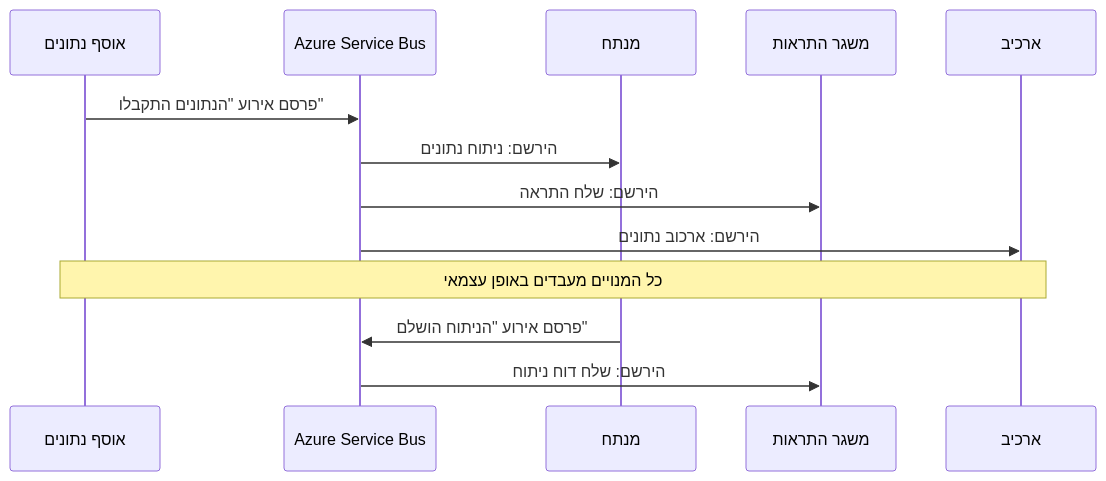
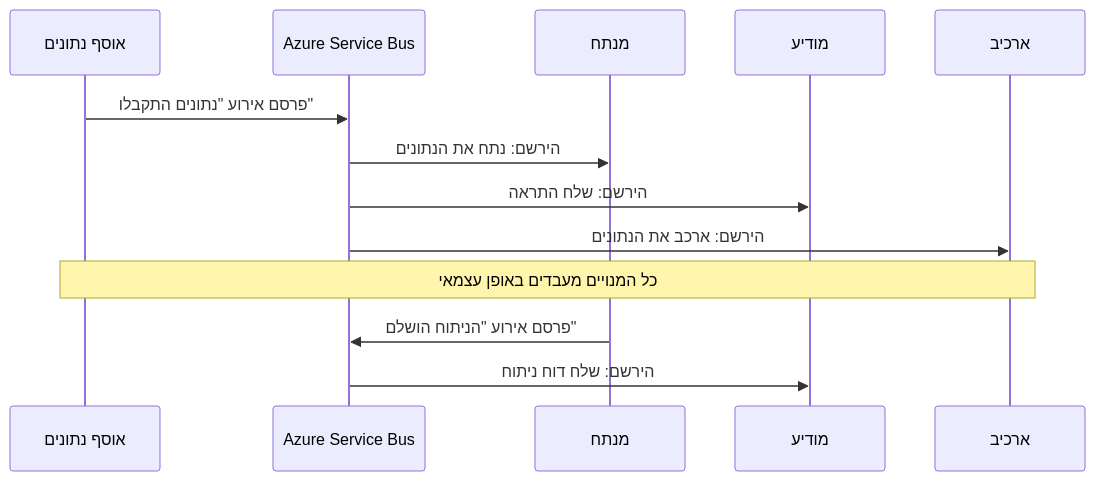
One commit to microsoft/AZD-for-beginners changed the fourth of 6 diagrams in translations/he/docs/chapter-06-pre-deployment/coordination-patterns.md. Above: the diagram before and after it, drawn with Mermaid. The commit also changed other lines of this file and 101 other files, not shown here.

````diff
--- a/translations/he/docs/chapter-06-pre-deployment/coordination-patterns.md
+++ b/translations/he/docs/chapter-06-pre-deployment/coordination-patterns.md
@@ -191,18 +185,18 @@
 ```mermaid
 sequenceDiagram
     participant Agent1 as אוסף נתונים
     participant EventBus as Azure Service Bus
     participant Agent2 as מנתח
-    participant Agent3 as משגר התראות
+    participant Agent3 as מודיע
     participant Agent4 as ארכיב
     
-    Agent1->>EventBus: פרסם אירוע "הנתונים התקבלו"
-    EventBus->>Agent2: הירשם: ניתוח נתונים
+    Agent1->>EventBus: פרסם אירוע "נתונים התקבלו"
+    EventBus->>Agent2: הירשם: נתח את הנתונים
     EventBus->>Agent3: הירשם: שלח התראה
-    EventBus->>Agent4: הירשם: ארכוב נתונים
+    EventBus->>Agent4: הירשם: ארכב את הנתונים
     
     Note over Agent1,Agent4: כל המנויים מעבדים באופן עצמאי
     
     Agent2->>EventBus: פרסם אירוע "הניתוח הושלם"
     EventBus->>Agent3: הירשם: שלח דוח ניתוח
 ```
````
